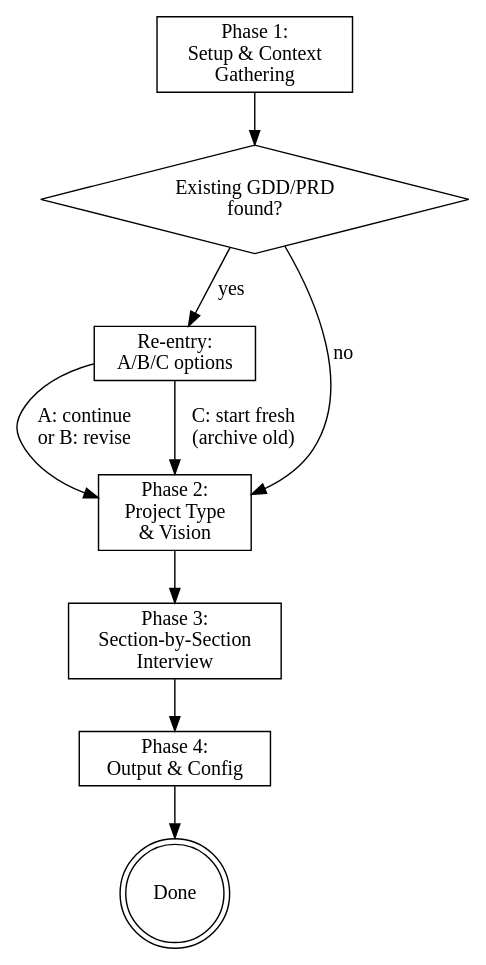
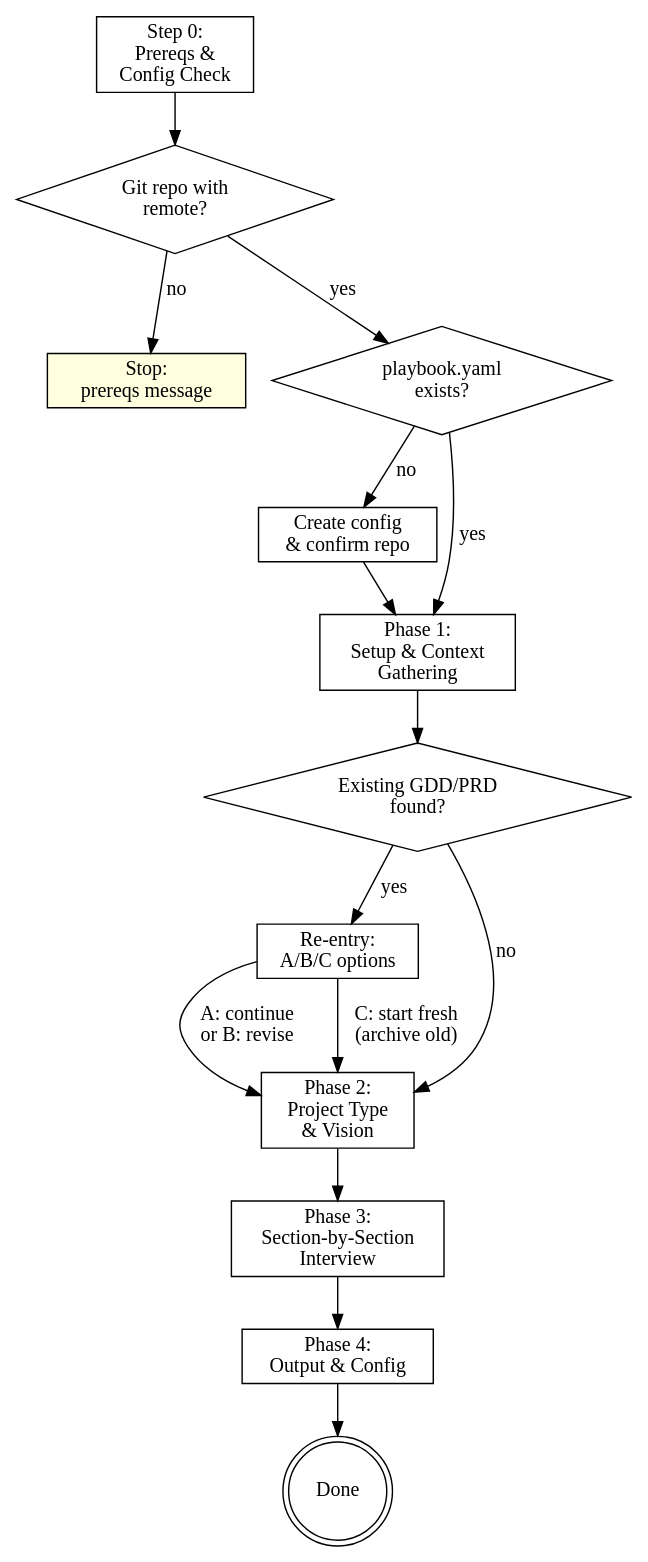
Before and after one commit to BryGo1995/playbook: the diagram in skills/scout/SKILL.md, drawn with Graphviz. The commit also changed other lines of this file, not shown here.

Commit message:
feat: scout auto-creates playbook.yaml with prereq check

````diff
--- a/skills/scout/SKILL.md
+++ b/skills/scout/SKILL.md
@@ -29,20 +29,31 @@
 ```dot
 digraph scout {
+    "Step 0:\nPrereqs &\nConfig Check" [shape=box];
+    "Git repo with\nremote?" [shape=diamond];
+    "Stop:\nprereqs message" [shape=box, style=filled, fillcolor=lightyellow];
+    "playbook.yaml\nexists?" [shape=diamond];
+    "Create config\n& confirm repo" [shape=box];
     "Phase 1:\nSetup & Context\nGathering" [shape=box];
     "Existing GDD/PRD\nfound?" [shape=diamond];
     "Re-entry:\nA/B/C options" [shape=box];
     "Phase 2:\nProject Type\n& Vision" [shape=box];
     "Phase 3:\nSection-by-Section\nInterview" [shape=box];
     "Phase 4:\nOutput & Config" [shape=box];
     "Done" [shape=doublecircle];
 
+    "Step 0:\nPrereqs &\nConfig Check" -> "Git repo with\nremote?";
+    "Git repo with\nremote?" -> "Stop:\nprereqs message" [label="no"];
+    "Git repo with\nremote?" -> "playbook.yaml\nexists?" [label="yes"];
+    "playbook.yaml\nexists?" -> "Create config\n& confirm repo" [label="no"];
+    "playbook.yaml\nexists?" -> "Phase 1:\nSetup & Context\nGathering" [label="yes"];
+    "Create config\n& confirm repo" -> "Phase 1:\nSetup & Context\nGathering";
     "Phase 1:\nSetup & Context\nGathering" -> "Existing GDD/PRD\nfound?";
     "Existing GDD/PRD\nfound?" -> "Re-entry:\nA/B/C options" [label="yes"];
     "Existing GDD/PRD\nfound?" -> "Phase 2:\nProject Type\n& Vision" [label="no"];
     "Re-entry:\nA/B/C options" -> "Phase 2:\nProject Type\n& Vision" [label="A: continue\nor B: revise"];
     "Re-entry:\nA/B/C options" -> "Phase 2:\nProject Type\n& Vision" [label="C: start fresh\n(archive old)"];
     "Phase 2:\nProject Type\n& Vision" -> "Phase 3:\nSection-by-Section\nInterview";
     "Phase 3:\nSection-by-Section\nInterview" -> "Phase 4:\nOutput & Config";
     "Phase 4:\nOutput & Config" -> "Done";
 }
 ```
````
